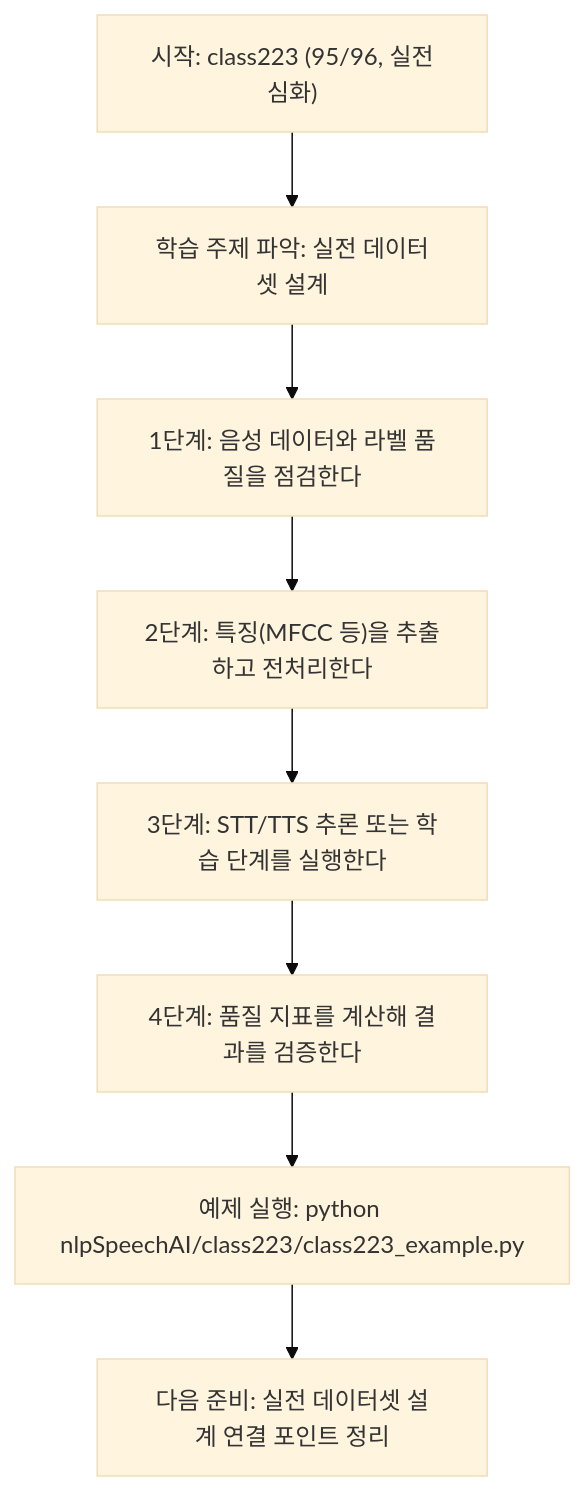
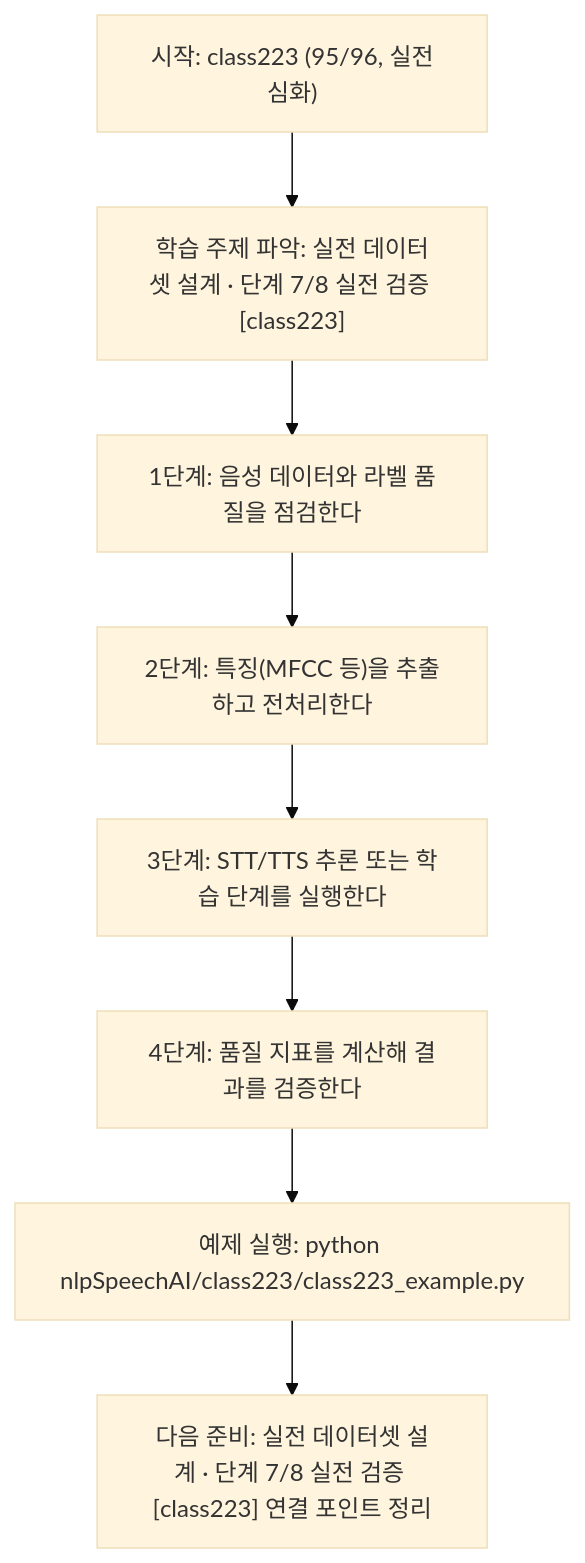
One commit to edumgt/Python-AI_Agent-Class changed the diagram in nlpSpeechAI/class223/class223.md. Above: the diagram before and after it, drawn with Mermaid (base theme). The commit also changed other lines of this file and 522 other files, not shown here.

````diff
--- a/nlpSpeechAI/class223/class223.md
+++ b/nlpSpeechAI/class223/class223.md
@@ -113,18 +114,18 @@
 ```mermaid
 flowchart TD
 N1["시작: class223 (95/96, 실전심화)"]
-N2["학습 주제 파악: 실전 데이터셋 설계"]
+N2["학습 주제 파악: 실전 데이터셋 설계 · 단계 7/8 실전 검증 [class223]"]
 N3["1단계: 음성 데이터와 라벨 품질을 점검한다"]
 N4["2단계: 특징(MFCC 등)을 추출하고 전처리한다"]
 N5["3단계: STT/TTS 추론 또는 학습 단계를 실행한다"]
 N6["4단계: 품질 지표를 계산해 결과를 검증한다"]
 N7["예제 실행: python nlpSpeechAI/class223/class223_example.py"]
-N8["다음 준비: 실전 데이터셋 설계 연결 포인트 정리"]
+N8["다음 준비: 실전 데이터셋 설계 · 단계 7/8 실전 검증 [class223] 연결 포인트 정리"]
 N1 --> N2
 N2 --> N3
 N3 --> N4
 N4 --> N5
 N5 --> N6
 N6 --> N7
 N7 --> N8
 ```
````
